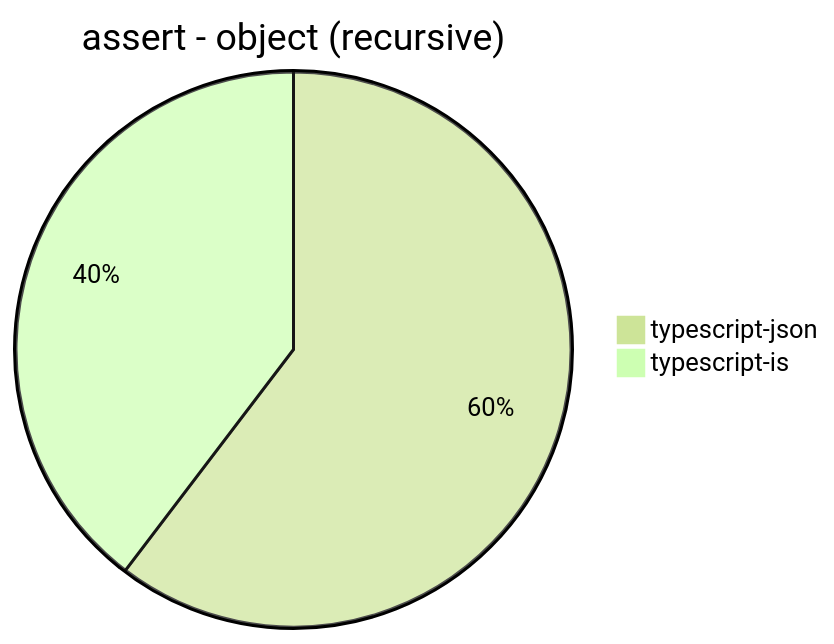
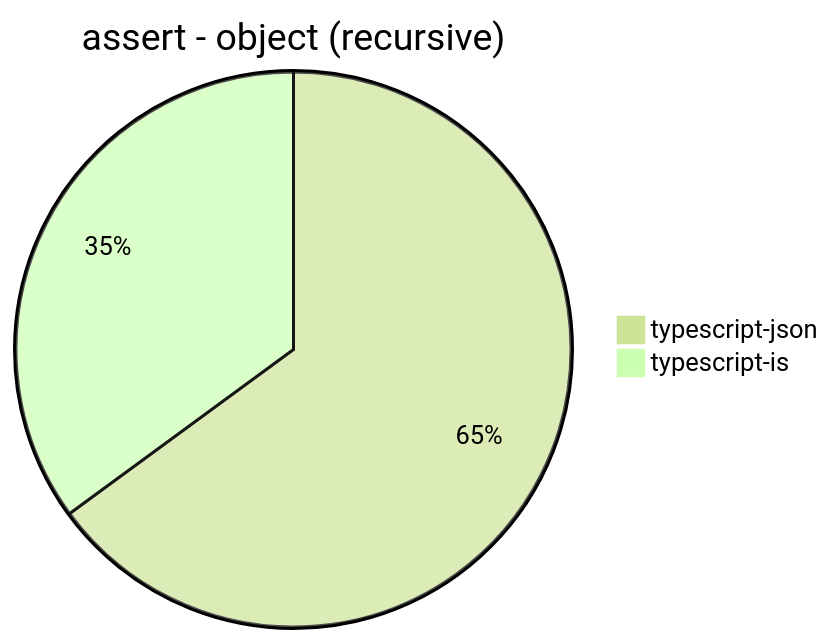
Before and after one commit to samchon/typia: the second of 30 diagrams in benchmark/results/AMD Ryzen 7 5800H with Radeon Graphics         .md, drawn with Mermaid (forest theme). The commit also changed other lines of this file, not shown here.

````diff
--- a/benchmark/results/AMD Ryzen 7 5800H with Radeon Graphics         .md
+++ b/benchmark/results/AMD Ryzen 7 5800H with Radeon Graphics         .md
@@ -24,5 +24,5 @@
 ```mermaid
 pie title assert - object (recursive)
-  "typescript-json": 32214.612708295183
-  "typescript-is": 21159.603742432584
+  "typescript-json": 32919.5211786372
+  "typescript-is": 17776.824034334764
 ```
````
